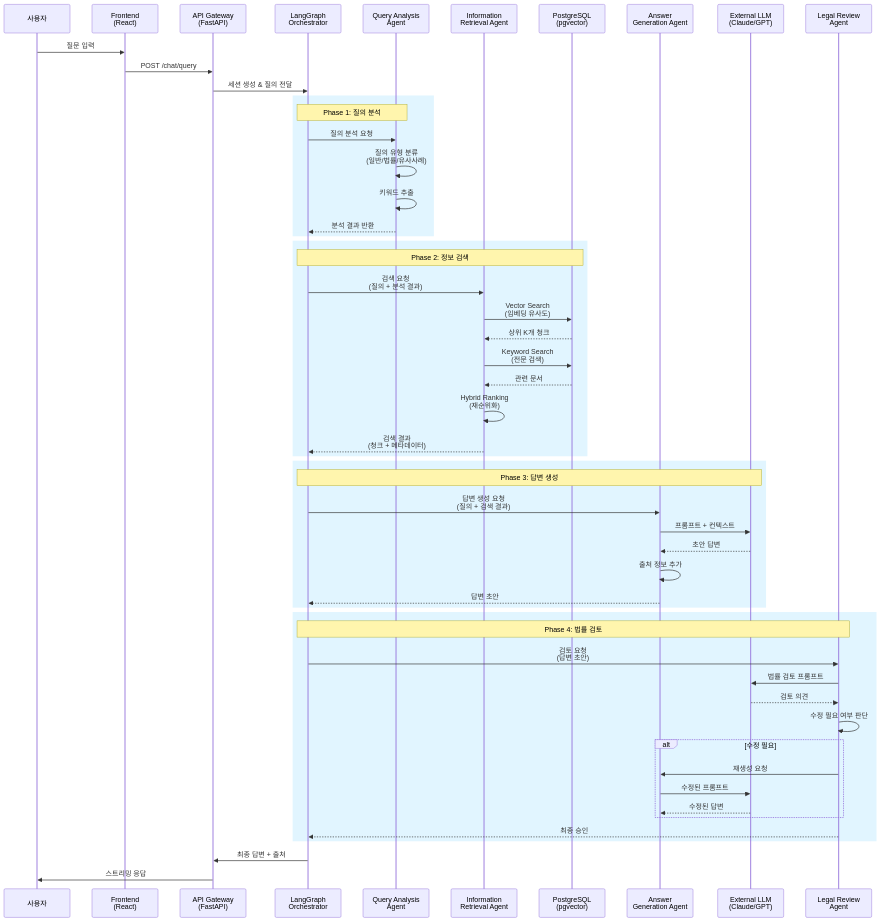
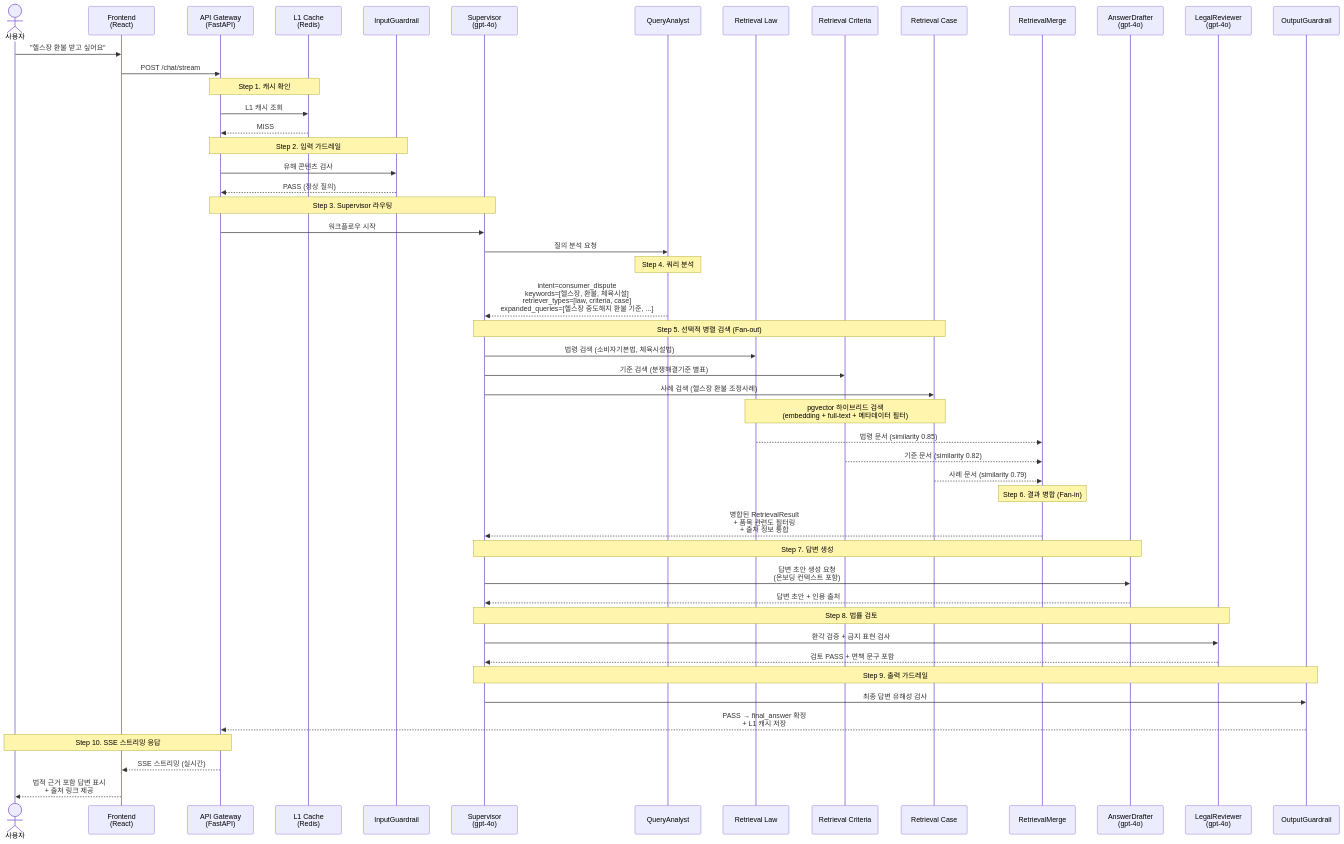
The first of 3 diagrams in README.md (SKNETWORKS-FAMILY-AICAMP/SKN19-FINAL-5Team), drawn with Mermaid before and after one commit. The commit also changed other lines of this file and 847 other files, not shown here.

````diff
--- a/README.md
+++ b/README.md
@@ -93,62 +98,64 @@
 ```mermaid
 sequenceDiagram
-    participant U as 사용자
+    actor User as 사용자
     participant FE as Frontend<br/>(React)
     participant API as API Gateway<br/>(FastAPI)
-    participant Orch as LangGraph<br/>Orchestrator
-    participant QA as Query Analysis<br/>Agent
-    participant IR as Information<br/>Retrieval Agent
-    participant DB as PostgreSQL<br/>(pgvector)
-    participant AG as Answer<br/>Generation Agent
-    participant LLM as External LLM<br/>(Claude/GPT)
-    participant LR as Legal Review<br/>Agent
-    
-    U->>FE: 질문 입력
-    FE->>API: POST /chat/query
-    API->>Orch: 세션 생성 & 질의 전달
-    
-    rect rgb(225, 245, 255)
-        Note over Orch,QA: Phase 1: 질의 분석
-        Orch->>QA: 질의 분석 요청
-        QA->>QA: 질의 유형 분류<br/>(일반/법률/유사사례)
-        QA->>QA: 키워드 추출
-        QA-->>Orch: 분석 결과 반환
-    end
-    
-    rect rgb(225, 245, 255)
-        Note over Orch,DB: Phase 2: 정보 검색
-        Orch->>IR: 검색 요청<br/>(질의 + 분석 결과)
-        IR->>DB: Vector Search<br/>(임베딩 유사도)
-        DB-->>IR: 상위 K개 청크
-        IR->>DB: Keyword Search<br/>(전문 검색)
-        DB-->>IR: 관련 문서
-        IR->>IR: Hybrid Ranking<br/>(재순위화)
-        IR-->>Orch: 검색 결과<br/>(청크 + 메타데이터)
-    end
-    
-    rect rgb(225, 245, 255)
-        Note over Orch,LLM: Phase 3: 답변 생성
-        Orch->>AG: 답변 생성 요청<br/>(질의 + 검색 결과)
-        AG->>LLM: 프롬프트 + 컨텍스트
-        LLM-->>AG: 초안 답변
-        AG->>AG: 출처 정보 추가
-        AG-->>Orch: 답변 초안
-    end
-    
-    rect rgb(225, 245, 255)
-        Note over Orch,LR: Phase 4: 법률 검토
-        Orch->>LR: 검토 요청<br/>(답변 초안)
-        LR->>LLM: 법률 검토 프롬프트
-        LLM-->>LR: 검토 의견
-        LR->>LR: 수정 필요 여부 판단
-        alt 수정 필요
-            LR->>AG: 재생성 요청
-            AG->>LLM: 수정된 프롬프트
-            LLM-->>AG: 수정된 답변
-        end
-        LR-->>Orch: 최종 승인
-    end
-    
-    Orch->>API: 최종 답변 + 출처
-    API->>U: 스트리밍 응답
+    participant Cache as L1 Cache<br/>(Redis)
+    participant IG as InputGuardrail
+    participant SUP as Supervisor<br/>(gpt-4o)
+    participant QA as QueryAnalyst
+    participant RL as Retrieval Law
+    participant RC as Retrieval Criteria
+    participant RCase as Retrieval Case
+    participant RM as RetrievalMerge
+    participant AD as AnswerDrafter<br/>(gpt-4o)
+    participant LR as LegalReviewer<br/>(gpt-4o)
+    participant OG as OutputGuardrail
+
+    User->>FE: "헬스장 환불 받고 싶어요"
+    FE->>API: POST /chat/stream
+
+    Note over API,Cache: Step 1. 캐시 확인
+    API->>Cache: L1 캐시 조회
+    Cache-->>API: MISS
+
+    Note over API,IG: Step 2. 입력 가드레일
+    API->>IG: 유해 콘텐츠 검사
+    IG-->>API: PASS (정상 질의)
+
+    Note over API,SUP: Step 3. Supervisor 라우팅
+    API->>SUP: 워크플로우 시작
+    SUP->>QA: 질의 분석 요청
+
+    Note over QA: Step 4. 쿼리 분석
+    QA-->>SUP: intent=consumer_dispute<br/>keywords=[헬스장, 환불, 체육시설]<br/>retriever_types=[law, criteria, case]<br/>expanded_queries=[헬스장 중도해지 환불 기준, ...]
+
+    Note over SUP,RCase: Step 5. 선택적 병렬 검색 (Fan-out)
+    SUP->>RL: 법령 검색 (소비자기본법, 체육시설법)
+    SUP->>RC: 기준 검색 (분쟁해결기준 별표)
+    SUP->>RCase: 사례 검색 (헬스장 환불 조정사례)
+
+    Note over RL,RCase: pgvector 하이브리드 검색<br/>(embedding + full-text + 메타데이터 필터)
+    RL-->>RM: 법령 문서 (similarity 0.85)
+    RC-->>RM: 기준 문서 (similarity 0.82)
+    RCase-->>RM: 사례 문서 (similarity 0.79)
+
+    Note over RM: Step 6. 결과 병합 (Fan-in)
+    RM-->>SUP: 병합된 RetrievalResult<br/>+ 품목 관련도 필터링<br/>+ 출처 정보 통합
+
+    Note over SUP,AD: Step 7. 답변 생성
+    SUP->>AD: 답변 초안 생성 요청<br/>(온보딩 컨텍스트 포함)
+    AD-->>SUP: 답변 초안 + 인용 출처
+
+    Note over SUP,LR: Step 8. 법률 검토
+    SUP->>LR: 환각 검증 + 금지 표현 검사
+    LR-->>SUP: 검토 PASS + 면책 문구 포함
+
+    Note over SUP,OG: Step 9. 출력 가드레일
+    SUP->>OG: 최종 답변 유해성 검사
+    OG-->>API: PASS → final_answer 확정<br/>+ L1 캐시 저장
+
+    Note over API,User: Step 10. SSE 스트리밍 응답
+    API-->>FE: SSE 스트리밍 (실시간)
+    FE-->>User: 법적 근거 포함 답변 표시<br/>+ 출처 링크 제공
 ```
````
